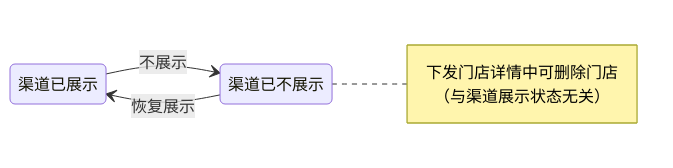
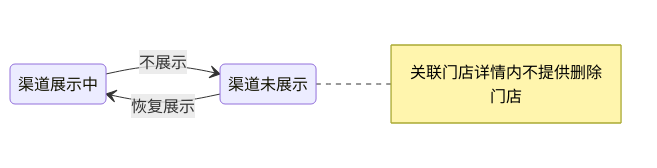
Before and after one commit to cflyindance/setcenter: the fourth of 4 diagrams in 屏保状态与操作说明.md, drawn with Mermaid. The commit also changed other lines of this file and 10 other files, not shown here.

````diff
--- a/屏保状态与操作说明.md
+++ b/屏保状态与操作说明.md
@@ -237,9 +225,9 @@
 ```mermaid
 stateDiagram-v2
   direction LR
-  ch_on: 渠道已展示
-  ch_off: 渠道已不展示
+  ch_on: 渠道展示中
+  ch_off: 渠道未展示
   ch_on --> ch_off: 不展示
   ch_off --> ch_on: 恢复展示
-  note right of ch_off: 下发门店详情中可删除门店（与渠道展示状态无关）
+  note right of ch_off: 关联门店详情内不提供删除门店
 ```
````
